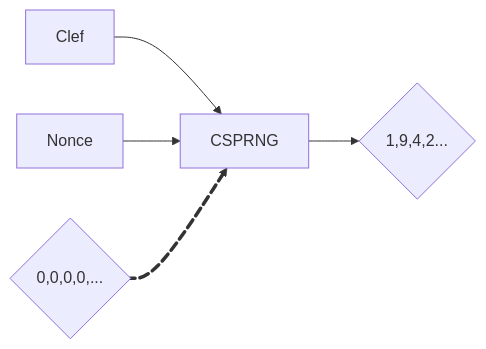
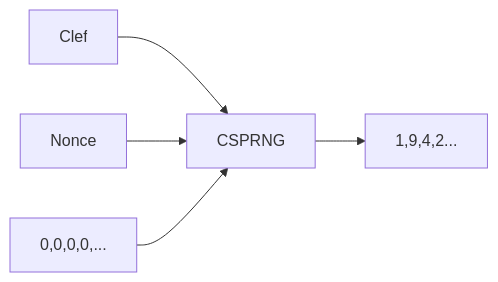
Before and after one commit to WhiteBowlerHat/FOG-Project_C: the diagram in Readme.md, drawn with Mermaid.

Commit message:
Removing defective animation

````diff
--- a/Readme.md
+++ b/Readme.md
@@ -5,8 +5,7 @@
 ```mermaid
 flowchart LR;
     Clef-->CSPRNG;
     Nonce-->CSPRNG;
-    B{0,0,0,0,...} e1@==> CSPRNG;
-    CSPRNG --> C{1,9,4,2...};
-    e1@{ animate: true }
+    B[0,0,0,0,...] --> CSPRNG;
+    CSPRNG --> C[1,9,4,2...];
 ```
````
